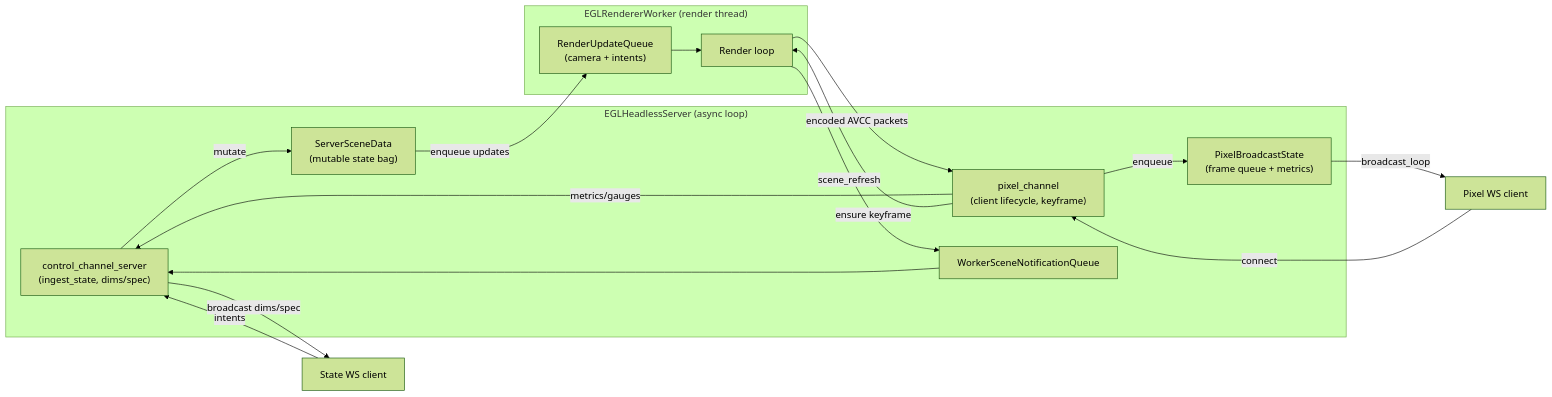
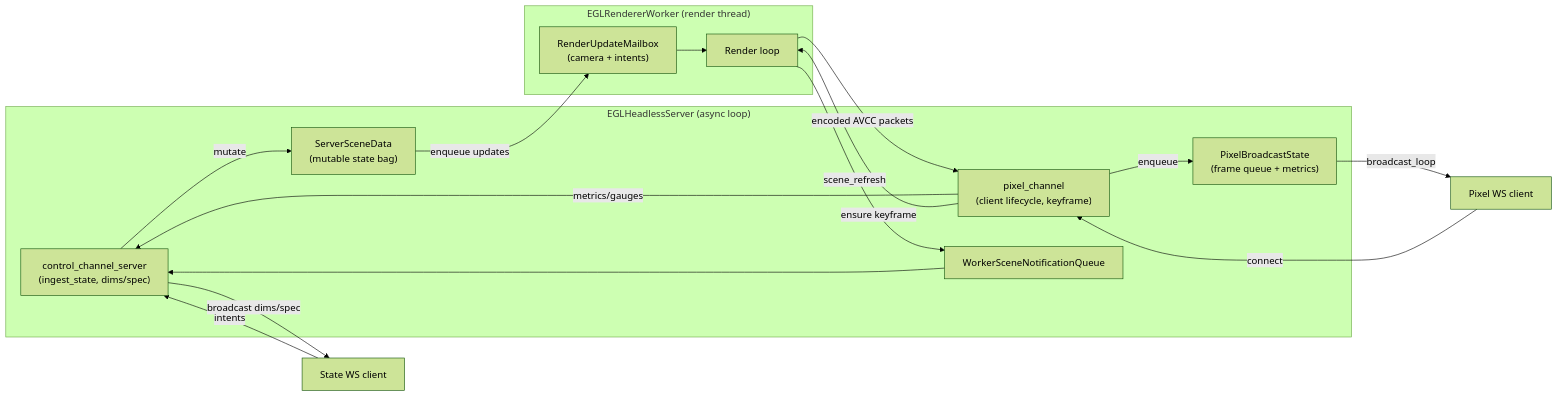
The diagram in docs/diagrams/pixel_channel.mmd (kirjner/napari-cuda), drawn with Mermaid (forest theme) before and after one commit. The commit also changed 13 other files, not shown here.

Commit message:
Rename render update mailbox plumbing

```diff
--- a/docs/diagrams/pixel_channel.mmd
+++ b/docs/diagrams/pixel_channel.mmd
@@ -1,35 +1,35 @@
 graph LR
     %% Async control loop components
     subgraph AsyncLoop["EGLHeadlessServer (async loop)"]
         SSC["control_channel_server\n(ingest_state, dims/spec)"]
         PCH["pixel_channel\n(client lifecycle, keyframe)"]
         SceneBag["ServerSceneData\n(mutable state bag)"]
         PixelBag["PixelBroadcastState\n(frame queue + metrics)"]
         WQueue["WorkerSceneNotificationQueue"]
     end
 
     %% Worker thread + helpers
     subgraph WorkerThread["EGLRendererWorker (render thread)"]
         Worker["Render loop"]
-        SceneQueue["RenderUpdateQueue\n(camera + intents)"]
+        SceneQueue["RenderUpdateMailbox\n(camera + intents)"]
     end
 
     %% Clients
     StateClient["State WS client"]
     PixelClient["Pixel WS client"]
 
     %% Data/control flow
     StateClient -->|intents| SSC
     SSC -->|mutate| SceneBag
     SSC -->|broadcast dims/spec| StateClient
     SceneBag -->|enqueue updates| SceneQueue
     SceneQueue --> Worker
     Worker -->|scene_refresh| WQueue
     WQueue --> SSC
 
     PixelClient -->|connect| PCH
     PCH -->|metrics/gauges| SSC
     Worker -->|encoded AVCC packets| PCH
     PCH -->|enqueue| PixelBag
     PixelBag -->|broadcast_loop| PixelClient
     PCH -->|ensure keyframe| Worker
```
